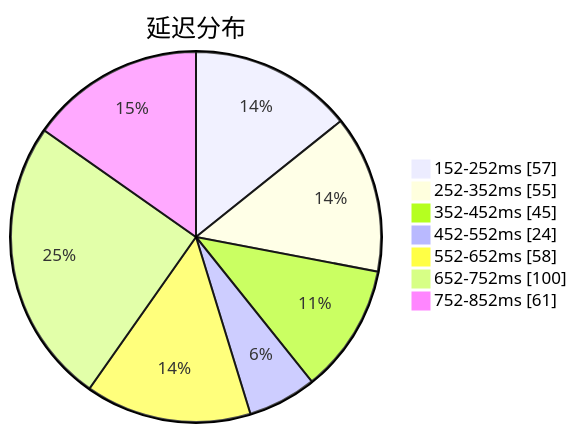
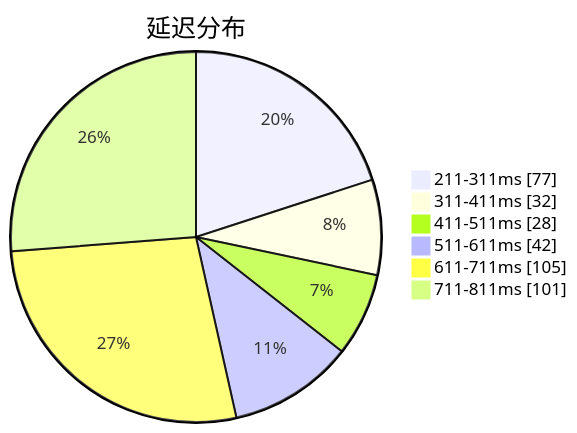
Before and after one commit to qjlxg/airport: the first of 3 diagrams in subs/statistics/tested_within.md, drawn with Mermaid. The commit also changed other lines of this file and 2 other files, not shown here.

````diff
--- a/subs/statistics/tested_within.md
+++ b/subs/statistics/tested_within.md
@@ -2,11 +2,10 @@
 ```mermaid
 pie showData
 title 延迟分布
-"152-252ms" : 57
-"252-352ms" : 55
-"352-452ms" : 45
-"452-552ms" : 24
-"552-652ms" : 58
-"652-752ms" : 100
-"752-852ms" : 61
+"211-311ms" : 77
+"311-411ms" : 32
+"411-511ms" : 28
+"511-611ms" : 42
+"611-711ms" : 105
+"711-811ms" : 101
 ```
````
